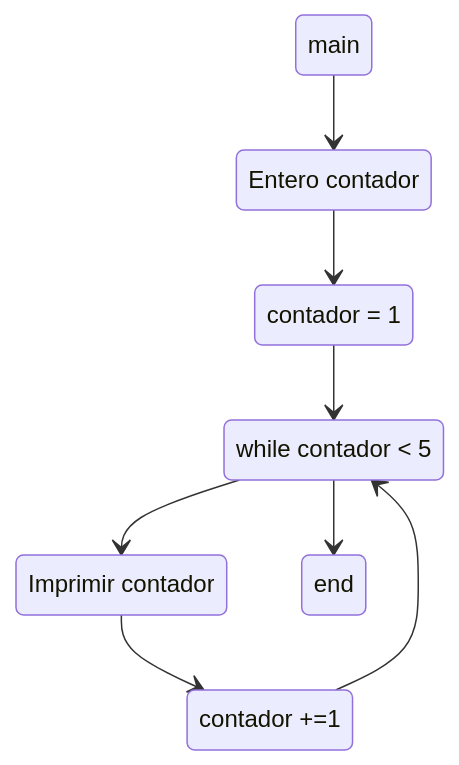
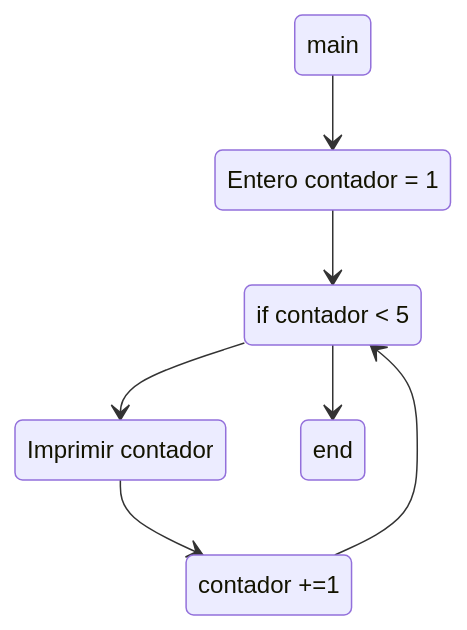
Before and after one commit to ValentinJM/TP-8: the diagram in Ejercicios/3.md, drawn with Mermaid.

````diff
--- a/Ejercicios/3.md
+++ b/Ejercicios/3.md
@@ -1,16 +1,16 @@
 ```mermaid
 stateDiagram-v2
-state "Entero contador" as cont
-state "contador = 1" as valor
-state "while contador < 5" as cond
+state "Entero contador = 1" as cont
+state "if contador < 5" as cond
 state "Imprimir contador" as print
 state "contador +=1" as suma
     main --> cont
-    cont --> valor
-    valor --> cond
-    cond --> end
+    cont --> cond
     cond --> print
     print --> suma
     suma --> cond
+    cond --> end
     
+    
+ 
 ```
````
